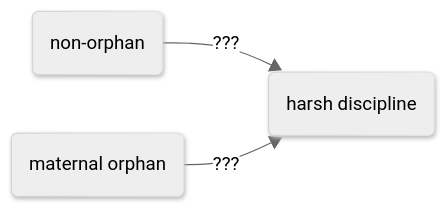
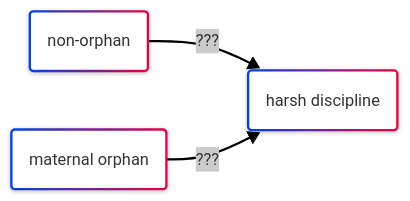
The diagram in orphan/diagrams.md (agrogan1/closeread), drawn with Mermaid before and after one commit.

````diff
--- a/orphan/diagrams.md
+++ b/orphan/diagrams.md
@@ -1,10 +1,10 @@
 ```mermaid
 ---
 config:
   look: neo
-  theme: neutral
+  theme: neo
 ---
 flowchart LR
   nonorphan(non-orphan) --> |"???"| harshdiscipline(harsh discipline)
   maternalorphan(maternal orphan) --> |"???"| harshdiscipline(harsh discipline)
 ```
````
